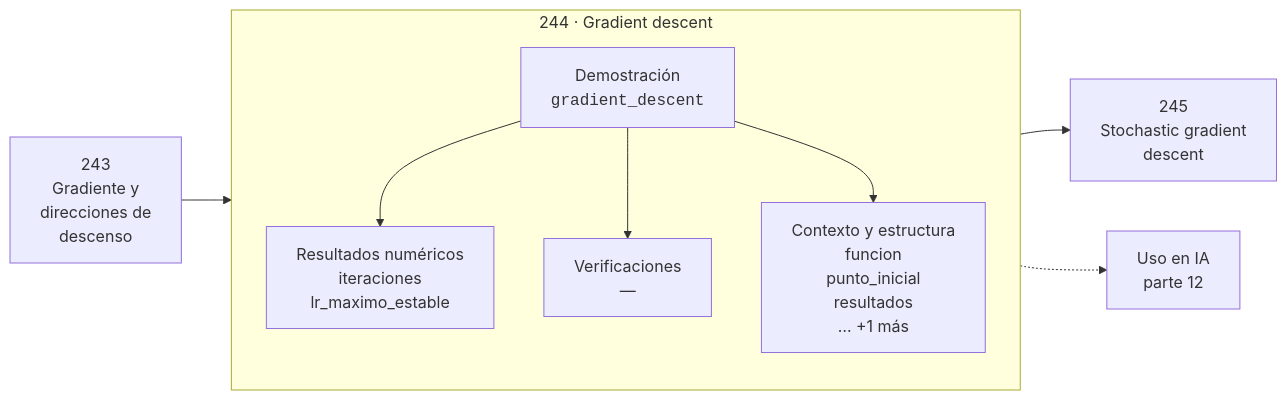
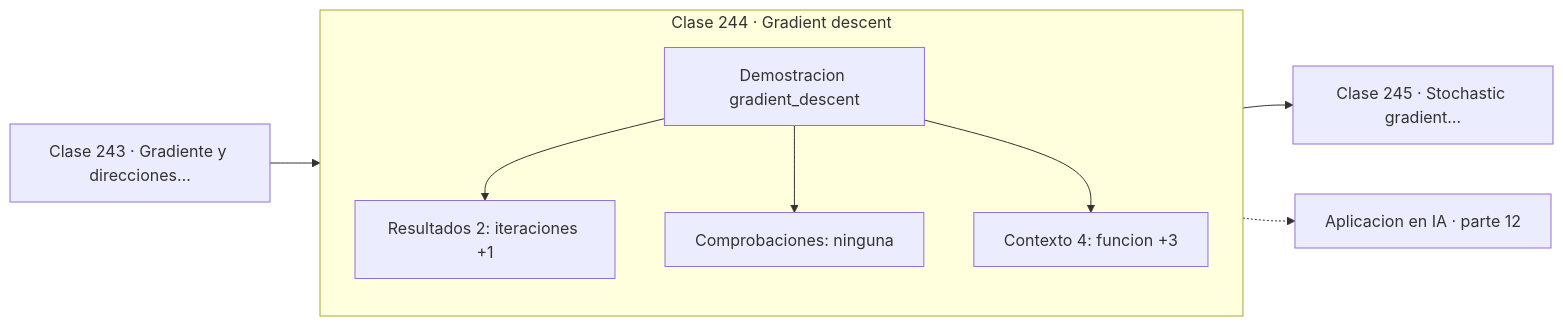
One commit to vladimiracunadev-create/computational-mathematics-program changed the diagram in classes/part-12-optimizacion-matematica-y-computacional/244-gradient-descent/README.md. Above: the diagram before and after it, drawn with Mermaid. The commit also changed 389 other files, not shown here.

First line of the commit message:
fix(diagramas): elimina el HTML de las etiquetas Mermaid

````diff
--- a/classes/part-12-optimizacion-matematica-y-computacional/244-gradient-descent/README.md
+++ b/classes/part-12-optimizacion-matematica-y-computacional/244-gradient-descent/README.md
@@ -30,12 +30,13 @@
 ```mermaid
 flowchart LR
-    P["243<br/>Gradiente y<br/>direcciones de<br/>descenso"] --> C
-    subgraph C["244 · Gradient descent"]
+    P["Clase 243 · Gradiente y direcciones…"] --> D
+    subgraph CLASE["Clase 244 · Gradient descent"]
         direction TB
-        D["Demostración<br/><code>gradient_descent</code>"] --> R["Resultados numéricos<br/>iteraciones<br/>lr_maximo_estable"]
-        D --> V["Verificaciones<br/>—"]
-        D --> O["Contexto y estructura<br/>funcion<br/>punto_inicial<br/>resultados<br/>… +1 más"]
+        D["Demostracion gradient_descent"]
+        D --> R["Resultados 2: iteraciones +1"]
+        D --> V["Comprobaciones: ninguna"]
+        D --> O["Contexto 4: funcion +3"]
     end
-    C --> N["245<br/>Stochastic gradient<br/>descent"]
-    C -.-> IA["Uso en IA<br/>parte 12"]
+    R --> N["Clase 245 · Stochastic gradient…"]
+    V -.-> IA["Aplicacion en IA · parte 12"]
 ```
````
